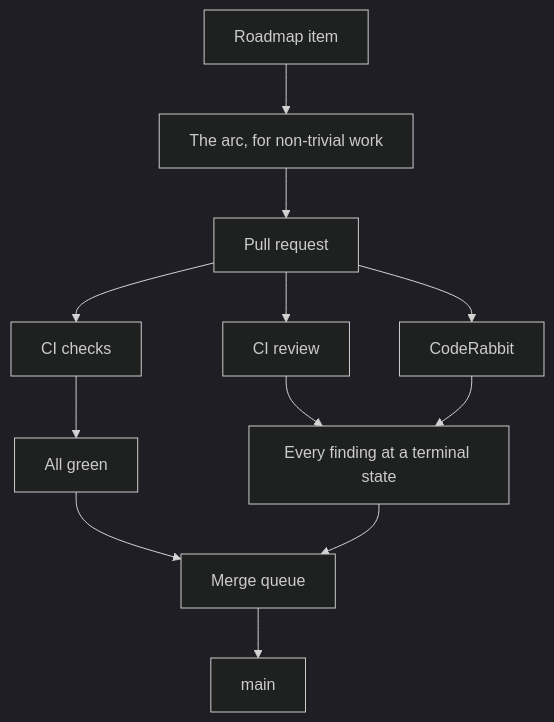
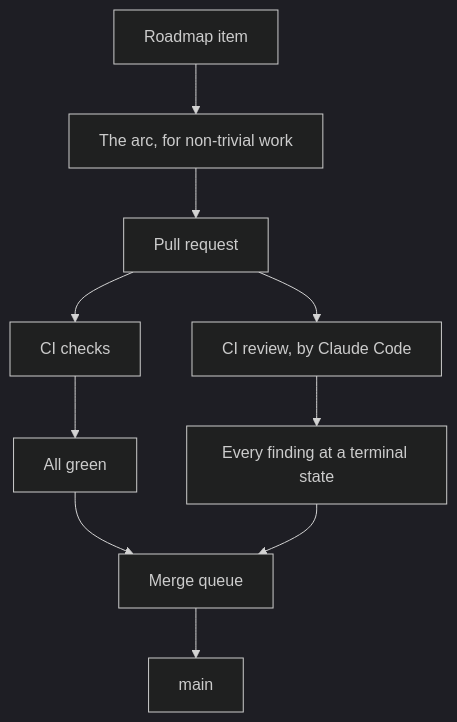
Before and after one commit to pixtuoid/pixtuoid: the diagram in docs/HOW-WE-BUILD.md, drawn with Mermaid (dark theme). The commit also changed other lines of this file and 36 other files, not shown here.

First line of the commit message:
feat(site): How we build renders at /how-we-build/, with figures drawn from its own table and diagram (#2337)

````diff
--- a/docs/HOW-WE-BUILD.md
+++ b/docs/HOW-WE-BUILD.md
@@ -35,11 +35,10 @@
 ```mermaid
 flowchart TB
   accTitle: A change's path to main
   accDescr: A Roadmap item goes, through the arc when the work is non-trivial, to a pull request; its checks must pass and every review finding must reach a terminal state before the merge queue lands it on main.
   P[Roadmap item] --> A[The arc, for non-trivial work] --> PR[Pull request]
   PR --> C[CI checks] --> G[All green]
-  PR --> R[CI review] --> T[Every finding at a terminal state]
-  PR --> CR[CodeRabbit] --> T
+  PR --> R[CI review, by Claude Code] --> T[Every finding at a terminal state]
   G --> Q[Merge queue]
   T --> Q --> M[main]
 ```
````
